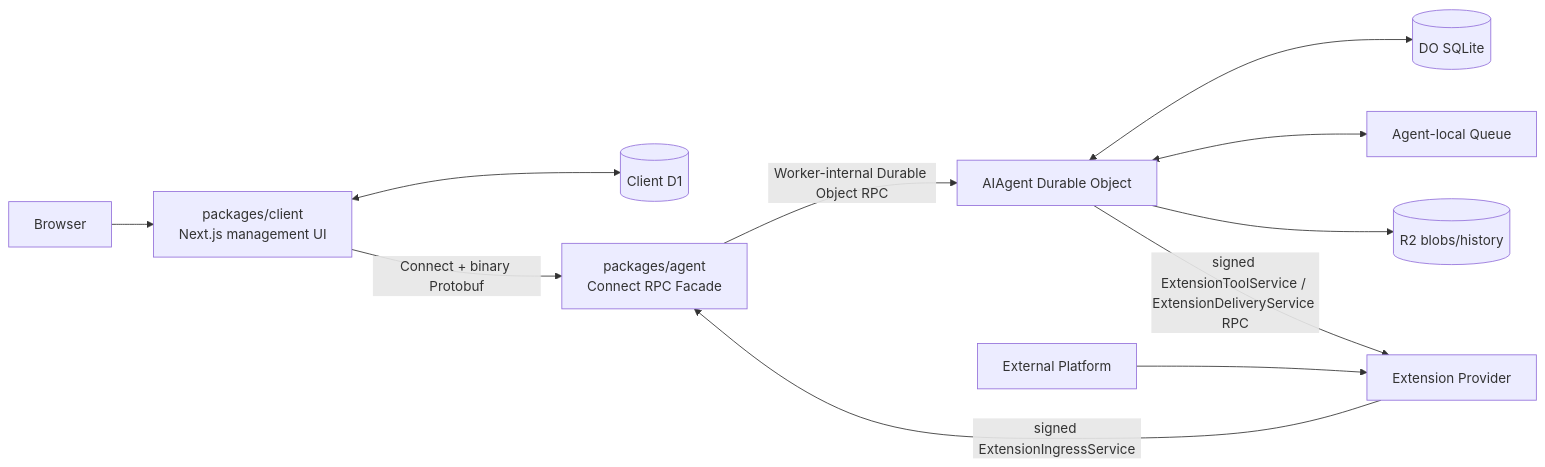
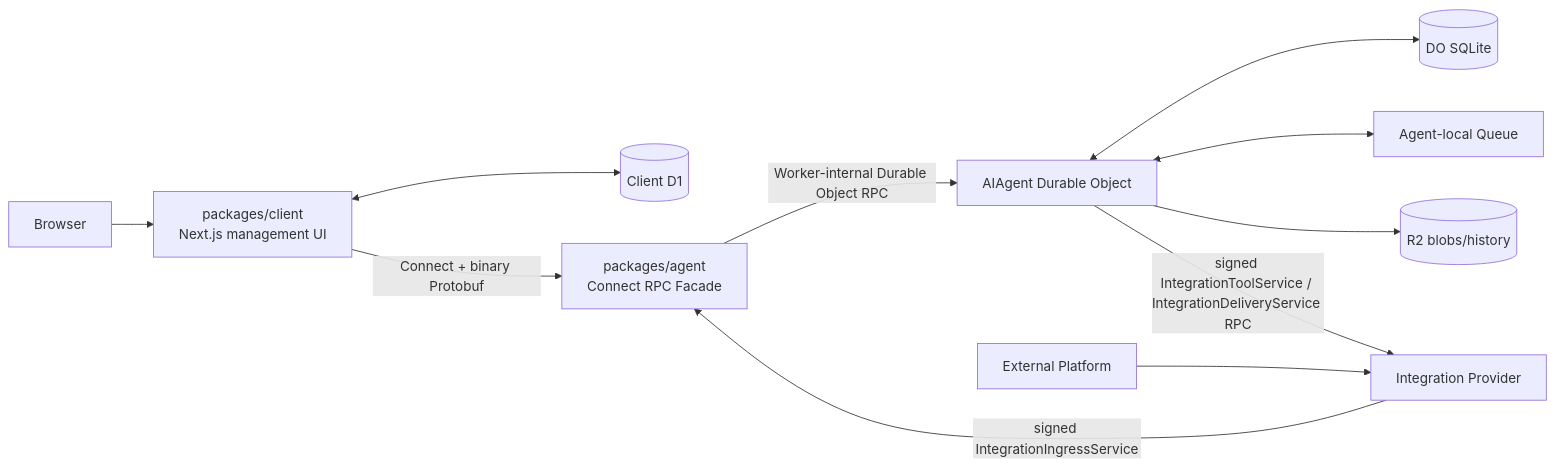
Before and after one commit to Suzlun/cf-tamac: the first of 6 diagrams in openspec/changes/implement-agent-service-base/design.md, drawn with Mermaid. The commit also changed other lines of this file and 64 other files, not shown here.

Commit message:
refactor: rename extension terminology to integration

````diff
--- a/openspec/changes/implement-agent-service-base/design.md
+++ b/openspec/changes/implement-agent-service-base/design.md
@@ -262,24 +262,24 @@
 ```mermaid
 flowchart LR
   Browser[Browser]
   Client[packages/client\nNext.js management UI]
   ClientDB[(Client D1)]
   AgentRPC[packages/agent\nConnect RPC Facade]
   AIAgent[AIAgent Durable Object]
   SQLite[(DO SQLite)]
   LocalQueue[Agent-local Queue]
   R2[(R2 blobs/history)]
-  Provider[Extension Provider]
+  Provider[Integration Provider]
   External[External Platform]
 
   Browser --> Client
   Client <--> ClientDB
   Client -->|Connect + binary Protobuf| AgentRPC
   AgentRPC -->|Worker-internal Durable Object RPC| AIAgent
   AIAgent <--> SQLite
   AIAgent <--> LocalQueue
   AIAgent --> R2
   External --> Provider
-  Provider -->|signed ExtensionIngressService| AgentRPC
-  AIAgent -->|signed ExtensionToolService / ExtensionDeliveryService RPC| Provider
+  Provider -->|signed IntegrationIngressService| AgentRPC
+  AIAgent -->|signed IntegrationToolService / IntegrationDeliveryService RPC| Provider
 ```
````
